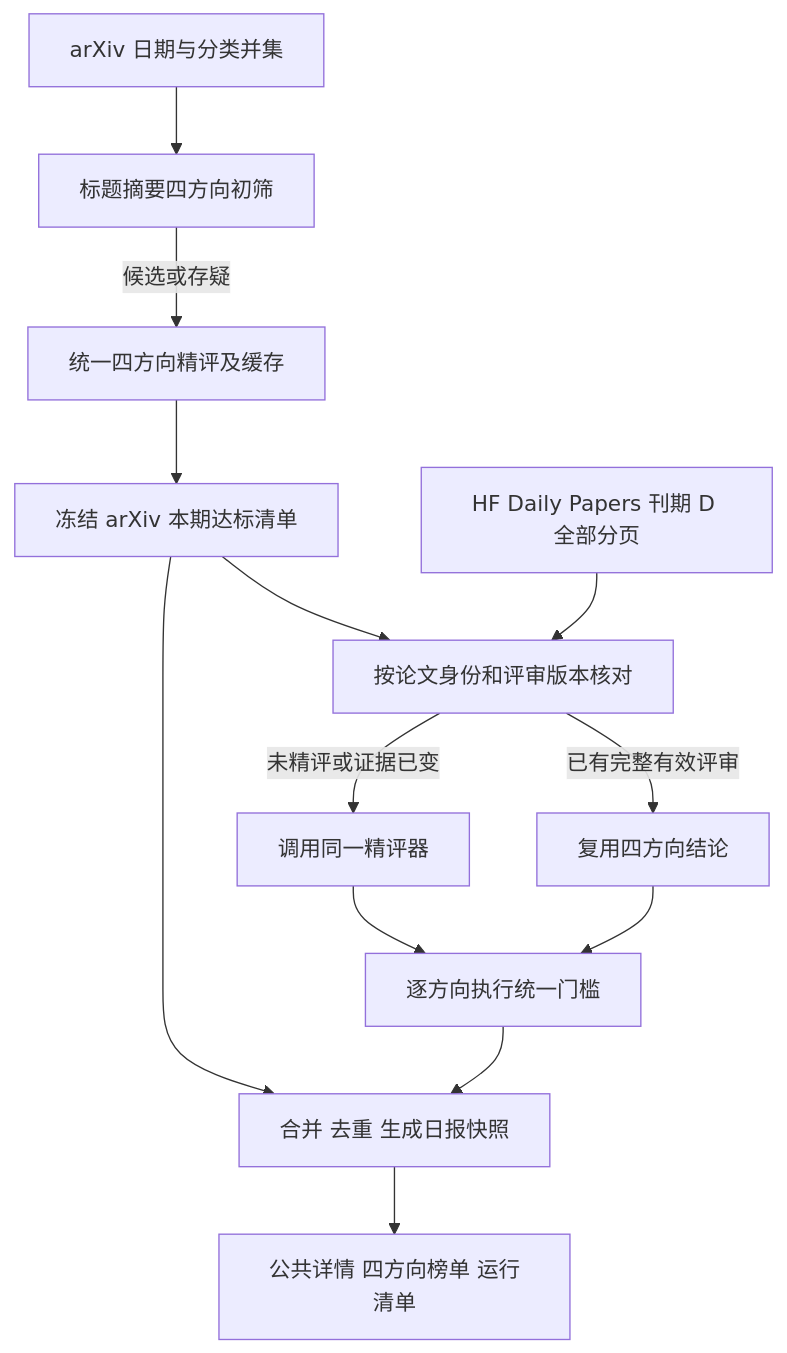
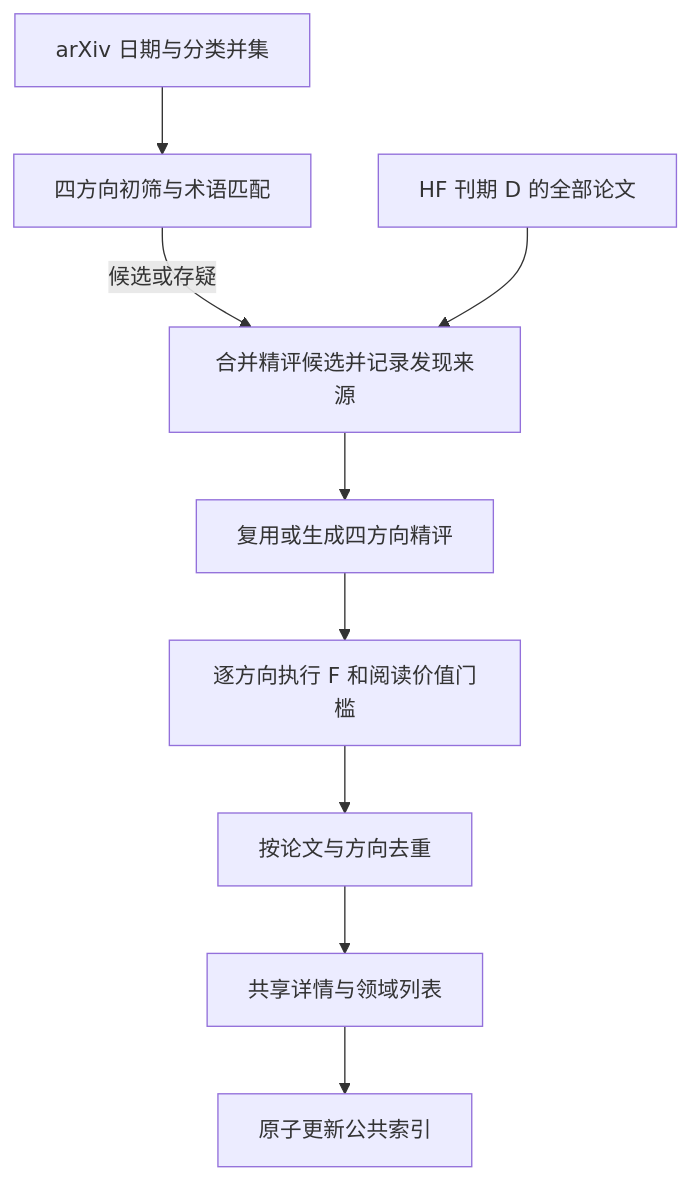
Before and after one commit to CongliYin/PaperHunt: the diagram in docs/superpowers/specs/2026-11-20-four-domain-paper-selection-design.md, drawn with Mermaid. The commit also changed other lines of this file and 12 other files, not shown here.

````diff
--- a/docs/superpowers/specs/2026-11-20-four-domain-paper-selection-design.md
+++ b/docs/superpowers/specs/2026-11-20-four-domain-paper-selection-design.md
@@ -39,15 +41,11 @@
 ```mermaid
 flowchart TD
-    A[arXiv 日期与分类并集] --> B[标题摘要四方向初筛]
-    B -->|候选或存疑| C[统一四方向精评及缓存]
-    C --> D[冻结 arXiv 本期达标清单]
-    H[HF Daily Papers 刊期 D 全部分页] --> J[按论文身份和评审版本核对]
-    D --> J
-    J -->|已有完整有效评审| K[复用四方向结论]
-    J -->|未精评或证据已变| L[调用同一精评器]
-    K --> M[逐方向执行统一门槛]
-    L --> M
-    D --> N[合并 去重 生成日报快照]
-    M --> N
-    N --> P[公共详情 四方向榜单 运行清单]
+    A[arXiv 日期与分类并集] --> B[四方向初筛与术语匹配]
+    B -->|候选或存疑| J[合并精评候选并记录发现来源]
+    H[HF 刊期 D 的全部论文] --> J
+    J --> C[复用或生成四方向精评]
+    C --> M[逐方向执行 F 和阅读价值门槛]
+    M --> N[按论文与方向去重]
+    N --> P[共享详情与领域列表]
+    P --> I[原子更新公共索引]
 ```
````
